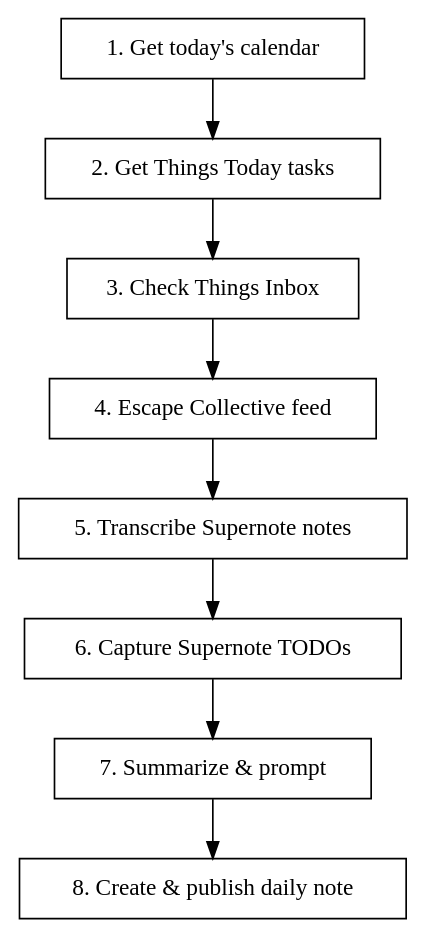
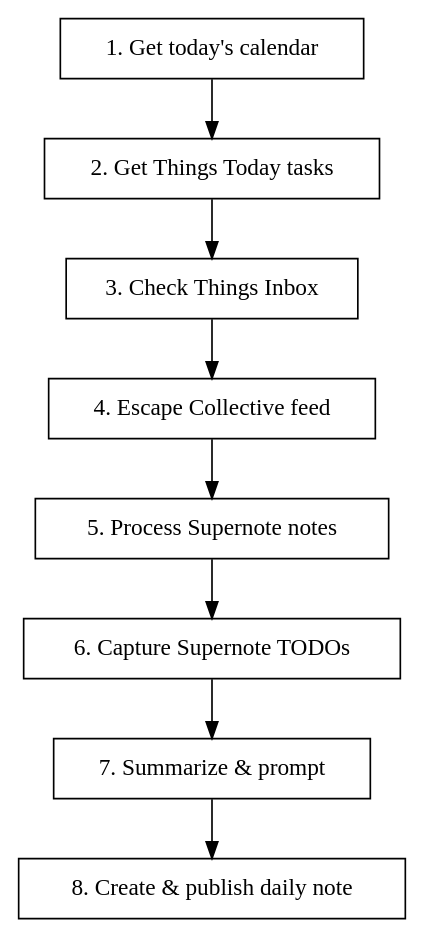
One commit to jhuggart/dotfiles changed the diagram in claude/skills/daily/SKILL.md. Above: the diagram before and after it, drawn with Graphviz. The commit also changed other lines of this file and 3 other files, not shown here.

First line of the commit message:
claude: extract Supernote transcription into /process-supernote skill (#23)

````diff
--- a/claude/skills/daily/SKILL.md
+++ b/claude/skills/daily/SKILL.md
@@ -10,14 +10,14 @@
 ```dot
 digraph daily {
     rankdir=TB;
     node [shape=box];
 
     "1. Get today's calendar" -> "2. Get Things Today tasks";
     "2. Get Things Today tasks" -> "3. Check Things Inbox";
     "3. Check Things Inbox" -> "4. Escape Collective feed";
-    "4. Escape Collective feed" -> "5. Transcribe Supernote notes";
-    "5. Transcribe Supernote notes" -> "6. Capture Supernote TODOs";
+    "4. Escape Collective feed" -> "5. Process Supernote notes";
+    "5. Process Supernote notes" -> "6. Capture Supernote TODOs";
     "6. Capture Supernote TODOs" -> "7. Summarize & prompt";
     "7. Summarize & prompt" -> "8. Create & publish daily note";
 }
 ```
````
